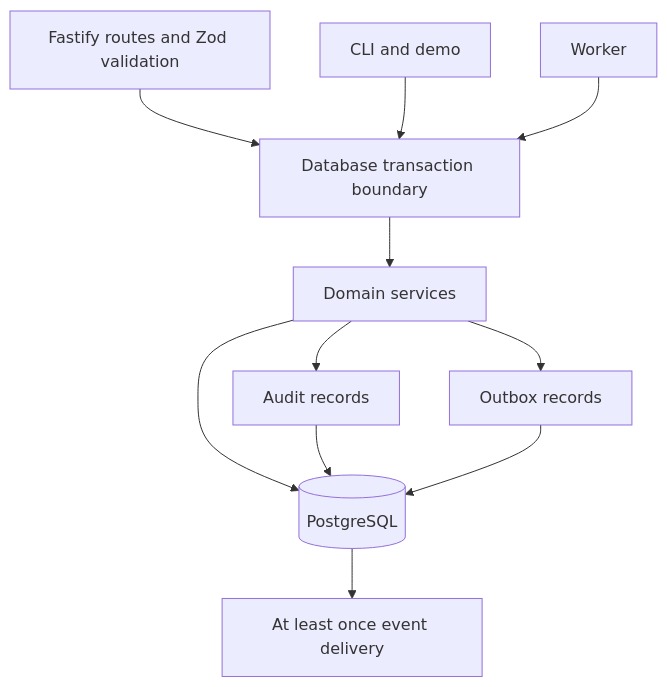
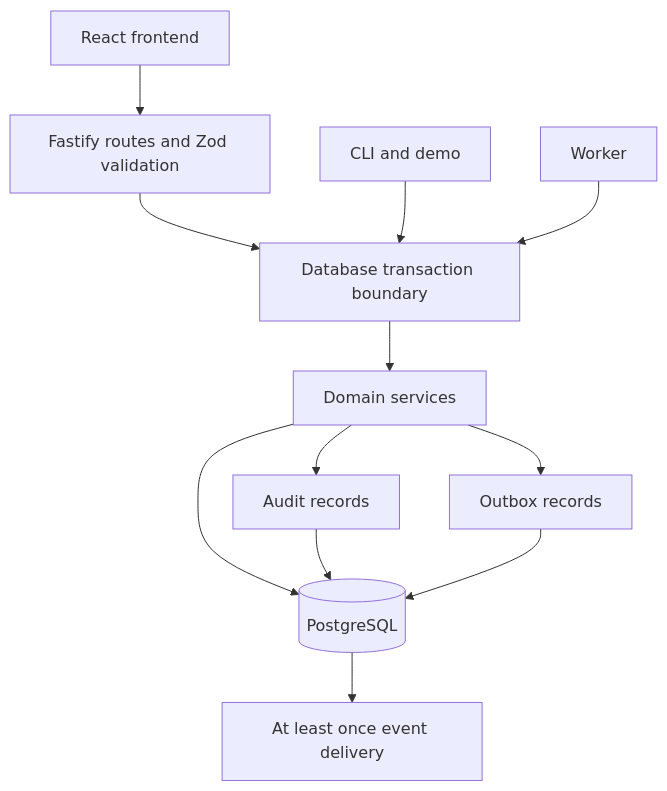
Before and after one commit to MatthewHo101/store-management: the diagram in docs/architecture.md, drawn with Mermaid. The commit also changed other lines of this file and 41 other files, not shown here.

First line of the commit message:
Add single-business React operations frontend

````diff
--- a/docs/architecture.md
+++ b/docs/architecture.md
@@ -3,13 +3,14 @@
 ```mermaid
 flowchart TD
+    WEB[React frontend] --> API
     API[Fastify routes and Zod validation] --> TX[Database transaction boundary]
     CLI[CLI and demo] --> TX
     JOB[Worker] --> TX
     TX --> SERVICES[Domain services]
     SERVICES --> DB[(PostgreSQL)]
     SERVICES --> AUDIT[Audit records]
     SERVICES --> EVENTS[Outbox records]
     AUDIT --> DB
     EVENTS --> DB
     DB --> DELIVERY[At least once event delivery]
 ```
````
